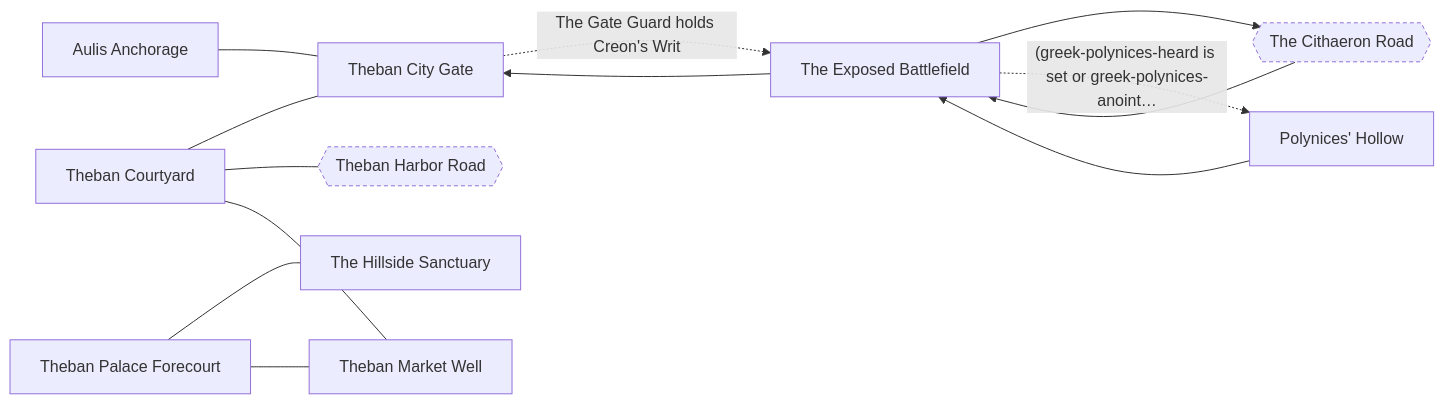
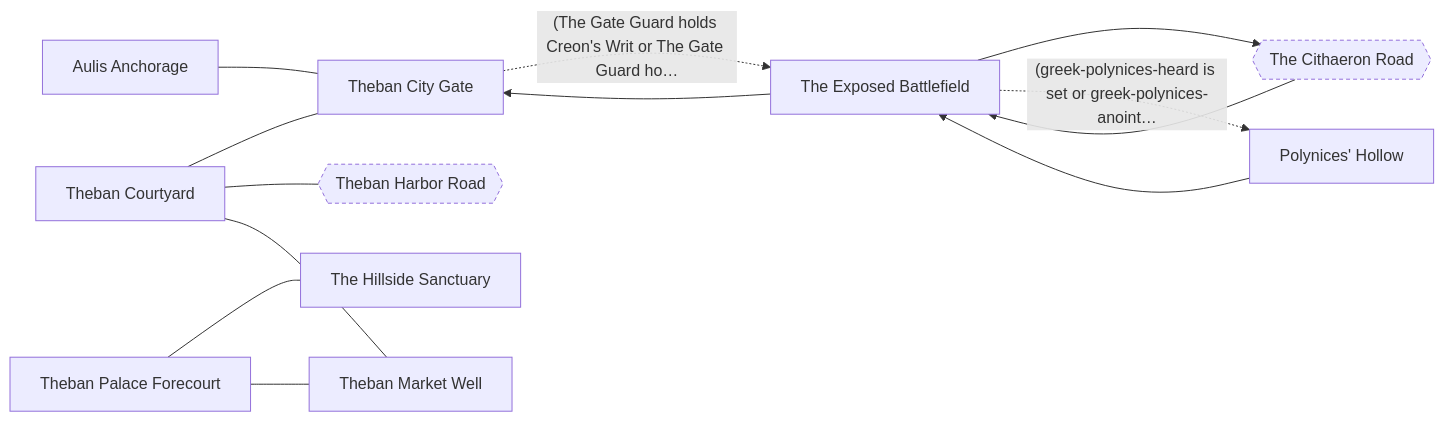
Before and after one commit to cenetex/cosyworld: the fourth of 13 diagrams in docs/maps/greek-drama.md, drawn with Mermaid. The commit also changed other lines of this file and 13 other files, not shown here.

````diff
--- a/docs/maps/greek-drama.md
+++ b/docs/maps/greek-drama.md
@@ -144,28 +143,28 @@
 ```mermaid
 flowchart LR
   %% The Exposed Battlefield
   n_greek_aulis["Aulis Anchorage"]
   n_greek_battlefield["The Exposed Battlefield"]
   n_greek_courtyard["Theban Courtyard"]
   n_greek_gate["Theban City Gate"]
   n_greek_palace["Theban Palace Forecourt"]
   n_greek_polynices_hollow["Polynices' Hollow"]
   n_greek_sanctuary["The Hillside Sanctuary"]
   n_greek_well["Theban Market Well"]
   n_greek_cithaeron{{"The Cithaeron Road"}}
   n_greek_road_thebes{{"Theban Harbor Road"}}
   n_greek_aulis --- n_greek_gate
   n_greek_battlefield --> n_greek_cithaeron
   n_greek_battlefield --> n_greek_gate
   n_greek_battlefield -. "(greek-polynices-heard is set or greek-polynices-anoint…" .-> n_greek_polynices_hollow
   n_greek_cithaeron --> n_greek_battlefield
   n_greek_courtyard --- n_greek_gate
   n_greek_courtyard --- n_greek_road_thebes
   n_greek_courtyard --- n_greek_well
-  n_greek_gate -. "The Gate Guard holds Creon's Writ" .-> n_greek_battlefield
+  n_greek_gate -. "(The Gate Guard holds Creon's Writ or The Gate Guard ho…" .-> n_greek_battlefield
   n_greek_palace --- n_greek_sanctuary
   n_greek_palace --- n_greek_well
   n_greek_polynices_hollow --> n_greek_battlefield
   classDef stub stroke-dasharray: 4 3
   class n_greek_cithaeron,n_greek_road_thebes stub
 ```
````
